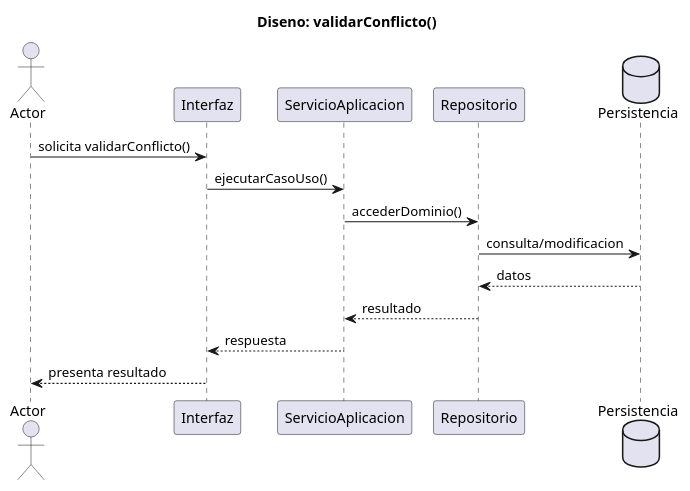
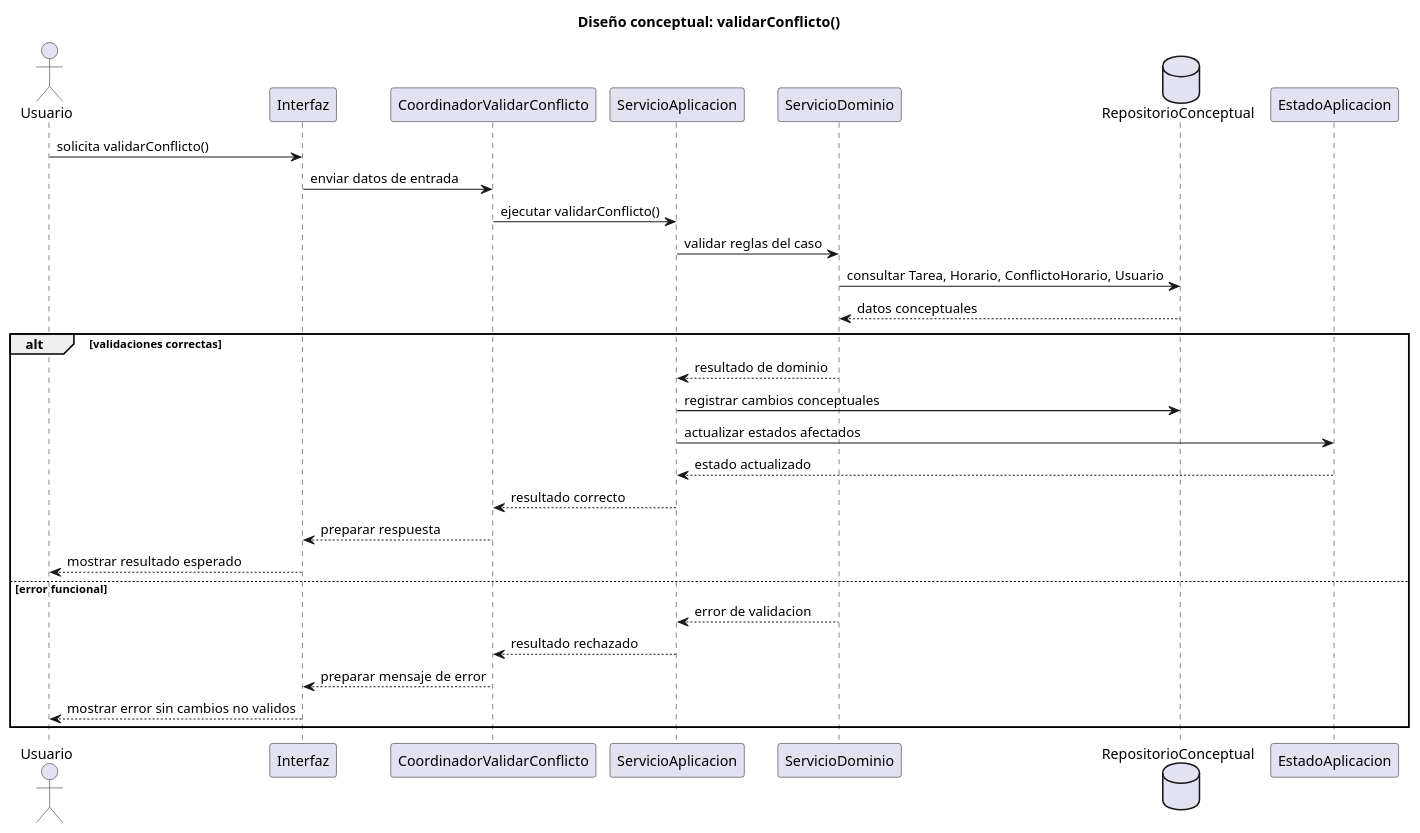
The diagram in documents/RUP/02-diseño/casos-uso/gestion-tareas/validarConflicto/secuencia.puml (inigovaqueroo04/25-26-idsw2-sdVC), drawn with PlantUML before and after one commit. The commit also changed 55 other files, not shown here.

Commit message:
docs: completar diseño RUP conceptual

```diff
--- a/documents/RUP/02-diseño/casos-uso/gestion-tareas/validarConflicto/secuencia.puml
+++ b/documents/RUP/02-diseño/casos-uso/gestion-tareas/validarConflicto/secuencia.puml
@@ -1,19 +1,34 @@
 @startuml validarConflicto-diseno-secuencia
-actor "Actor" as Actor
-participant "Interfaz" as UI
-participant "ServicioAplicacion" as Servicio
-participant "Repositorio" as Repositorio
-database "Persistencia" as BD
+title Diseño conceptual: validarConflicto()
 
-title Diseno: validarConflicto()
+actor "Usuario" as Usuario
+participant "Interfaz" as Interfaz
+participant "CoordinadorValidarConflicto" as Coordinador
+participant "ServicioAplicacion" as ServicioAplicacion
+participant "ServicioDominio" as ServicioDominio
+database "RepositorioConceptual" as Repositorio
+participant "EstadoAplicacion" as EstadoAplicacion
 
-Actor -> UI : solicita validarConflicto()
-UI -> Servicio : ejecutarCasoUso()
-Servicio -> Repositorio : accederDominio()
-Repositorio -> BD : consulta/modificacion
-BD --> Repositorio : datos
-Repositorio --> Servicio : resultado
-Servicio --> UI : respuesta
-UI --> Actor : presenta resultado
+Usuario -> Interfaz : solicita validarConflicto()
+Interfaz -> Coordinador : enviar datos de entrada
+Coordinador -> ServicioAplicacion : ejecutar validarConflicto()
+ServicioAplicacion -> ServicioDominio : validar reglas del caso
+ServicioDominio -> Repositorio : consultar Tarea, Horario, ConflictoHorario, Usuario
+Repositorio --> ServicioDominio : datos conceptuales
+
+alt validaciones correctas
+  ServicioDominio --> ServicioAplicacion : resultado de dominio
+  ServicioAplicacion -> Repositorio : registrar cambios conceptuales
+  ServicioAplicacion -> EstadoAplicacion : actualizar estados afectados
+  EstadoAplicacion --> ServicioAplicacion : estado actualizado
+  ServicioAplicacion --> Coordinador : resultado correcto
+  Coordinador --> Interfaz : preparar respuesta
+  Interfaz --> Usuario : mostrar resultado esperado
+else error funcional
+  ServicioDominio --> ServicioAplicacion : error de validacion
+  ServicioAplicacion --> Coordinador : resultado rechazado
+  Coordinador --> Interfaz : preparar mensaje de error
+  Interfaz --> Usuario : mostrar error sin cambios no validos
+end
 
 @enduml
```
